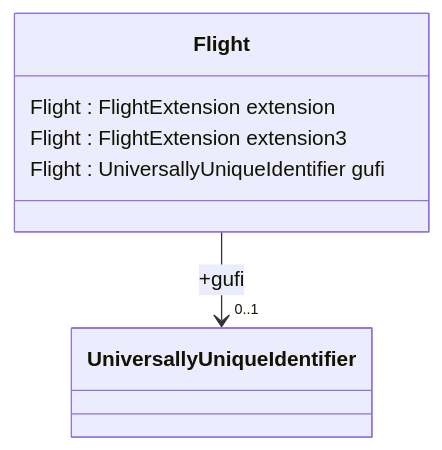
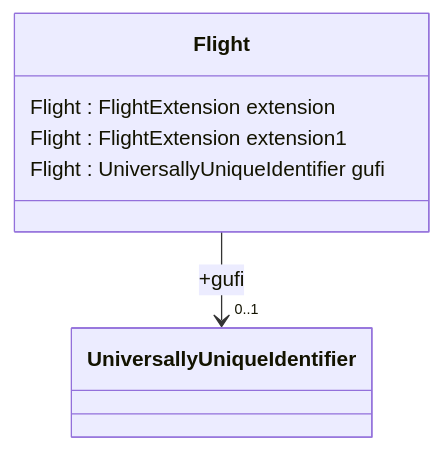
One commit to du-lapin/test_docsify changed the second of 4 diagrams in docs/fixm/FIXM_UML_in_mermaid.md. Above: the diagram before and after it, drawn with Mermaid. The commit also changed other lines of this file, not shown here.

````diff
--- a/docs/fixm/FIXM_UML_in_mermaid.md
+++ b/docs/fixm/FIXM_UML_in_mermaid.md
@@ -24,9 +24,9 @@
 ```mermaid
 classDiagram
 class Flight{
 Flight : FlightExtension extension
-Flight : FlightExtension extension3
+Flight : FlightExtension extension1
 Flight : UniversallyUniqueIdentifier gufi
 }
 Flight --> "0..1"  UniversallyUniqueIdentifier : +gufi
 ```
````
